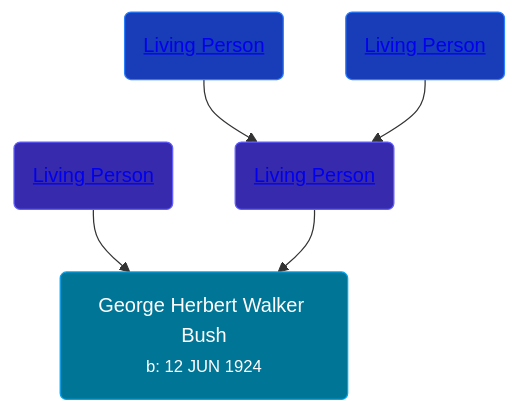
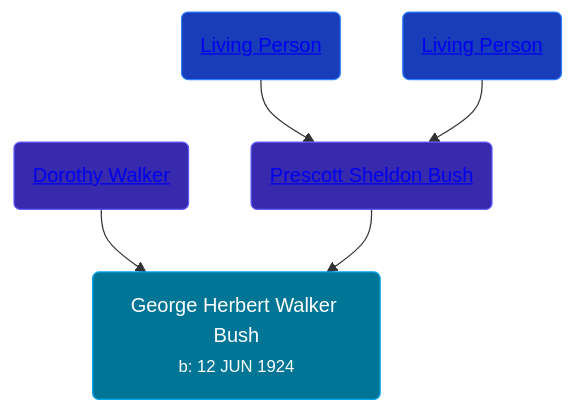
One commit to wpmgotkh/wpmgotkh.github.io changed the diagram in pages/people/8/89339690.md. Above: the diagram before and after it, drawn with Mermaid. The commit also changed other lines of this file and 586 other files, not shown here.

Commit message:
feat: better shouldConsiderPersonLiving algo

````diff
--- a/pages/people/8/89339690.md
+++ b/pages/people/8/89339690.md
@@ -11,11 +11,11 @@
 ```mermaid
 graph
 classDef grands fill:#193cb8,stroke:#2b7fff,stroke-width:1px,color:#fff;
 classDef parents fill:#372aac,stroke:#615fff,stroke-width:1px,color:#fff;
 classDef primary fill:#007595,stroke:#00a6f4,stroke-width:1px,color:#fff;
 89339690(George Herbert Walker Bush<br /><small>b: 12 JUN 1924</small>):::primary
-1014824(<a class="text-white" href="/people/1/1014824">Living Person</a>):::parents-->89339690
-99501197(<a class="text-white" href="/people/9/99501197">Living Person</a>):::parents-->89339690
+1014824(<a class="text-white" href="/people/1/1014824">Dorothy Walker</a>):::parents-->89339690
+99501197(<a class="text-white" href="/people/9/99501197">Prescott Sheldon Bush</a>):::parents-->89339690
 40099947(<a class="text-white" href="/people/4/40099947">Living Person</a>):::grands-->99501197
 79817496(<a class="text-white" href="/people/7/79817496">Living Person</a>):::grands-->99501197
 ```
````
